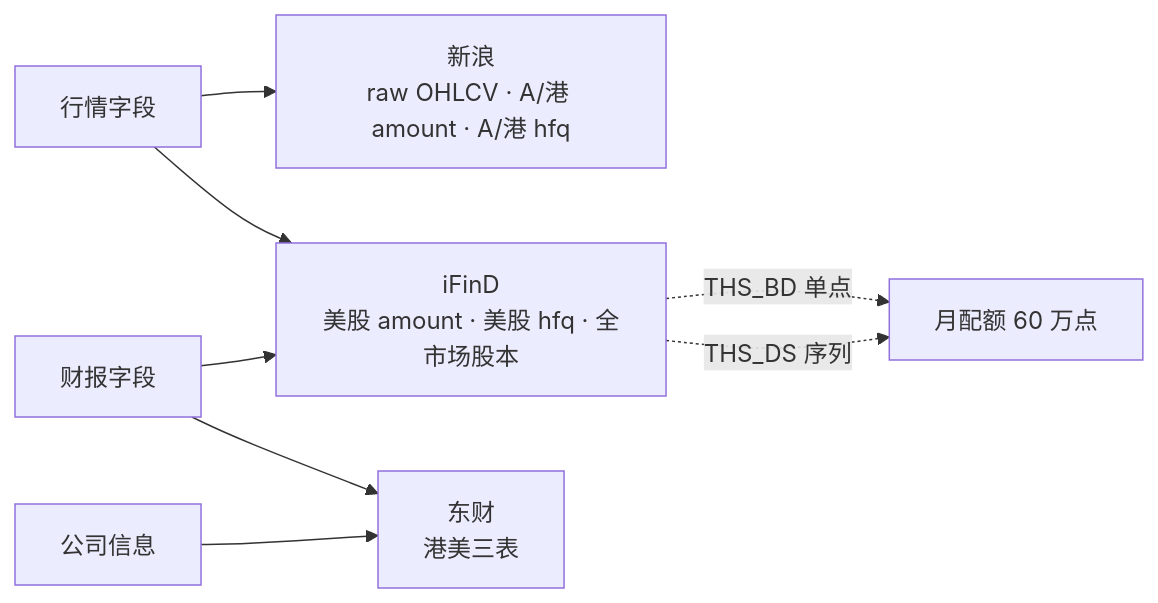
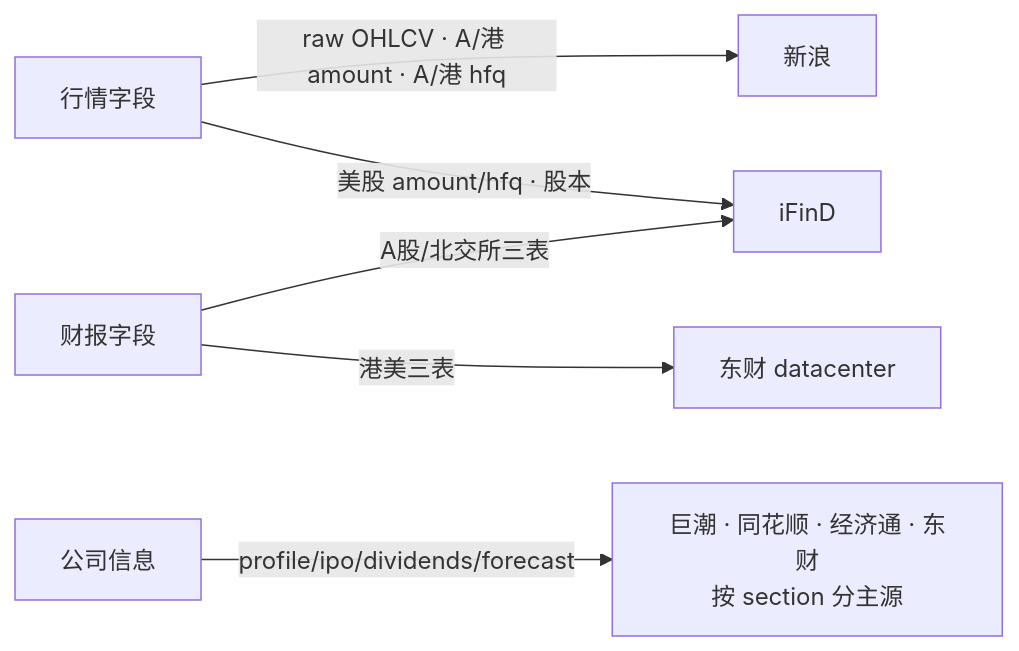
The diagram in docs/assets/src/data-sources.mmd (alone-tree/Ashare-announcements-MCP), drawn with Mermaid before and after one commit. The commit also changed 12 other files, not shown here.

Commit message:
文档审计修正：清失效章节引用，利润表定稿83项（信息行归meta），惰性拉取标待实现，三图重画

```diff
--- a/docs/assets/src/data-sources.mmd
+++ b/docs/assets/src/data-sources.mmd
@@ -1,8 +1,6 @@
 flowchart LR
-    Q["行情字段"] --> S["新浪<br/>raw OHLCV · A/港 amount · A/港 hfq"]
-    Q --> I["iFinD<br/>美股 amount · 美股 hfq · 全市场股本"]
-    F["财报字段"] --> I
-    F --> E["东财<br/>港美三表"]
-    M["公司信息"] --> E
-    I -.->|THS_BD 单点| C["月配额 60 万点"]
-    I -.->|THS_DS 序列| C
+    Q["行情字段"] -->|"raw OHLCV · A/港 amount · A/港 hfq"| S["新浪"]
+    Q -->|"美股 amount/hfq · 股本"| I["iFinD"]
+    F["财报字段"] -->|"A股/北交所三表"| I
+    F -->|"港美三表"| E["东财 datacenter"]
+    M["公司信息"] -->|"profile/ipo/dividends/forecast"| N["巨潮 · 同花顺 · 经济通 · 东财<br/>按 section 分主源"]
```
